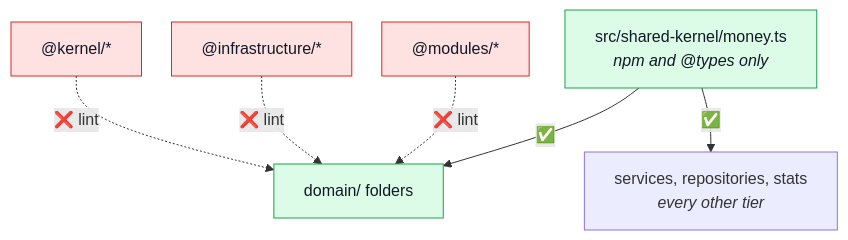
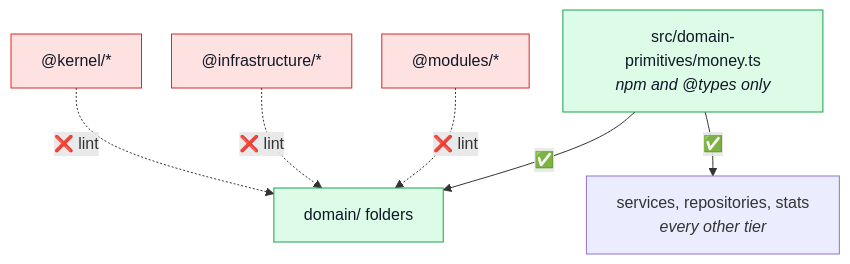
Before and after one commit to Guebbit/boilerplate-node-backend: diagram 11 of 12 in docs/theory/tactical-ddd.md, drawn with Mermaid. The commit also changed other lines of this file and 63 other files, not shown here.

First line of the commit message:
refactor(domain-primitives): rename the shared-kernel tier and take DAY_MS in as its second file

````diff
--- a/docs/theory/tactical-ddd.md
+++ b/docs/theory/tactical-ddd.md
@@ -467,14 +467,14 @@
 ```mermaid
 %%{init: {'flowchart': {'nodeSpacing': 30, 'rankSpacing': 40}}}%%
 flowchart TD
     K["@kernel/*"] -.->|"❌ lint"| D["domain/ folders"]
     I["@infrastructure/*"] -.->|"❌ lint"| D
     S["@modules/*"] -.->|"❌ lint"| D
-    SK["src/shared-kernel/money.ts<br/><i>npm and @types only</i>"] -->|"✅"| D
+    SK["src/domain-primitives/money.ts<br/><i>npm and @types only</i>"] -->|"✅"| D
     SK -->|"✅"| C["services, repositories, stats<br/><i>every other tier</i>"]
 
     classDef pure fill:#dcfce7,stroke:#16a34a,color:#111827;
     classDef banned fill:#fee2e2,stroke:#dc2626,color:#111827;
     class D,SK pure;
     class K,I,S banned;
 ```
````
